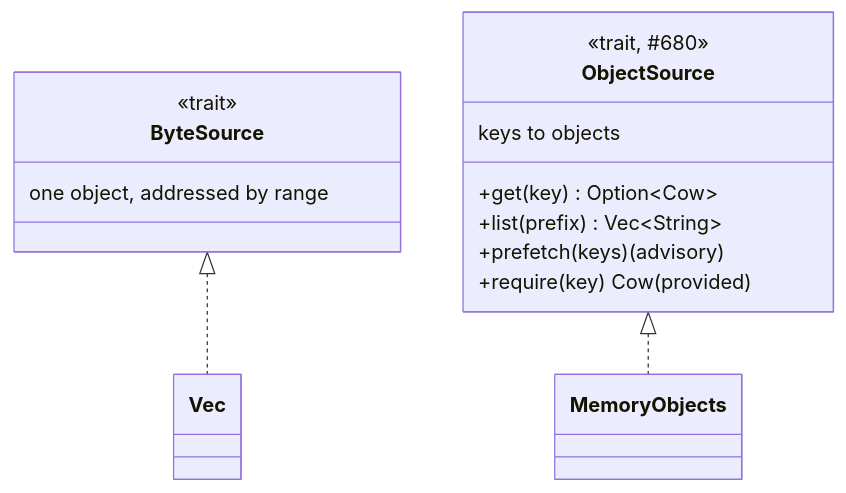
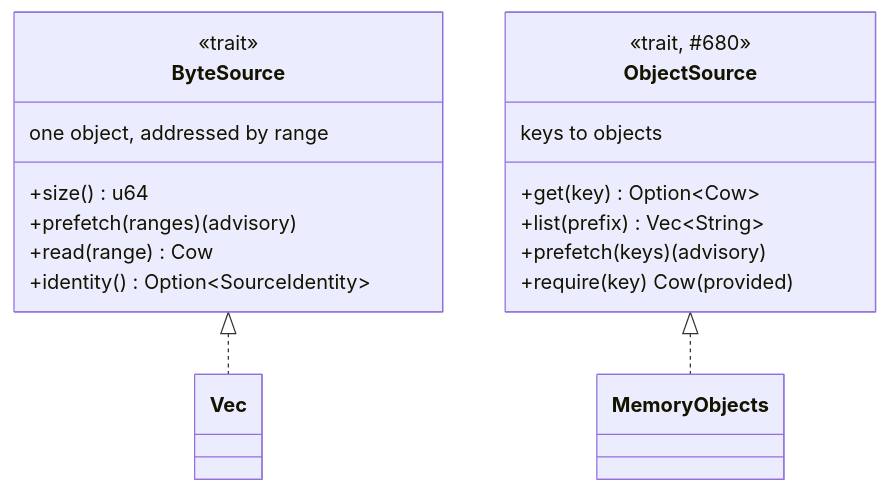
Before and after one commit to D0ubleD0uble/fieldglass: the first of 5 diagrams in docs/architecture/02-trait-seams.md, drawn with Mermaid. The commit also changed other lines of this file and 3 other files, not shown here.

````diff
--- a/docs/architecture/02-trait-seams.md
+++ b/docs/architecture/02-trait-seams.md
@@ -55,18 +63,22 @@
 ```mermaid
 classDiagram
     class ByteSource {
         <<trait>>
         one object, addressed by range
+        +size() u64
+        +prefetch(ranges) (advisory)
+        +read(range) Cow
+        +identity() Option~SourceIdentity~
     }
     class ObjectSource {
         <<trait, #680>>
         keys to objects
         +get(key) Option~Cow~
         +list(prefix) Vec~String~
         +prefetch(keys) (advisory)
         +require(key) Cow (provided)
     }
 
     ByteSource <|.. Vec
     ObjectSource <|.. MemoryObjects
 ```
````
